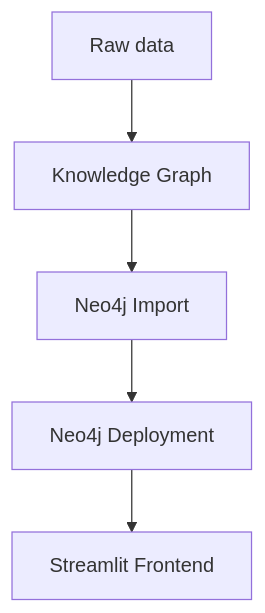
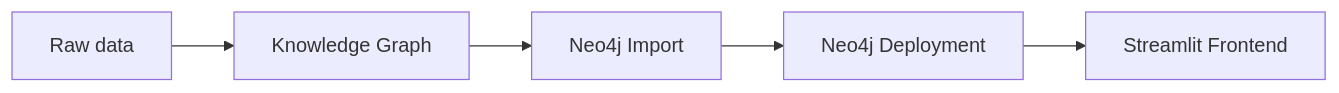
The diagram in Day_3/040-web-app-pole.md (llmcloud24/de.KCD-Summer-School-2024), drawn with Mermaid before and after one commit.

Commit message:
left-right graph

````diff
--- a/Day_3/040-web-app-pole.md
+++ b/Day_3/040-web-app-pole.md
@@ -22,7 +22,7 @@
 ```mermaid
-graph TD
+graph LR
     A[Raw data] --> B[Knowledge Graph]
     B --> C[Neo4j Import]
     C --> D[Neo4j Deployment]
     D --> E[Streamlit Frontend]
 ```
````
